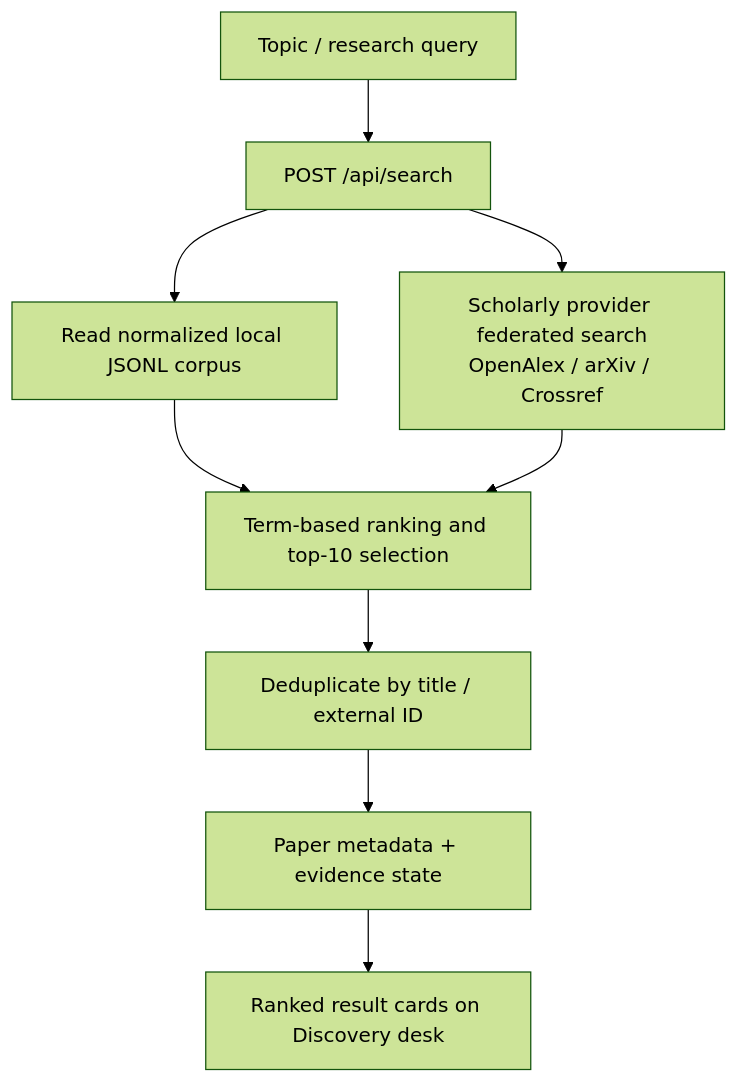
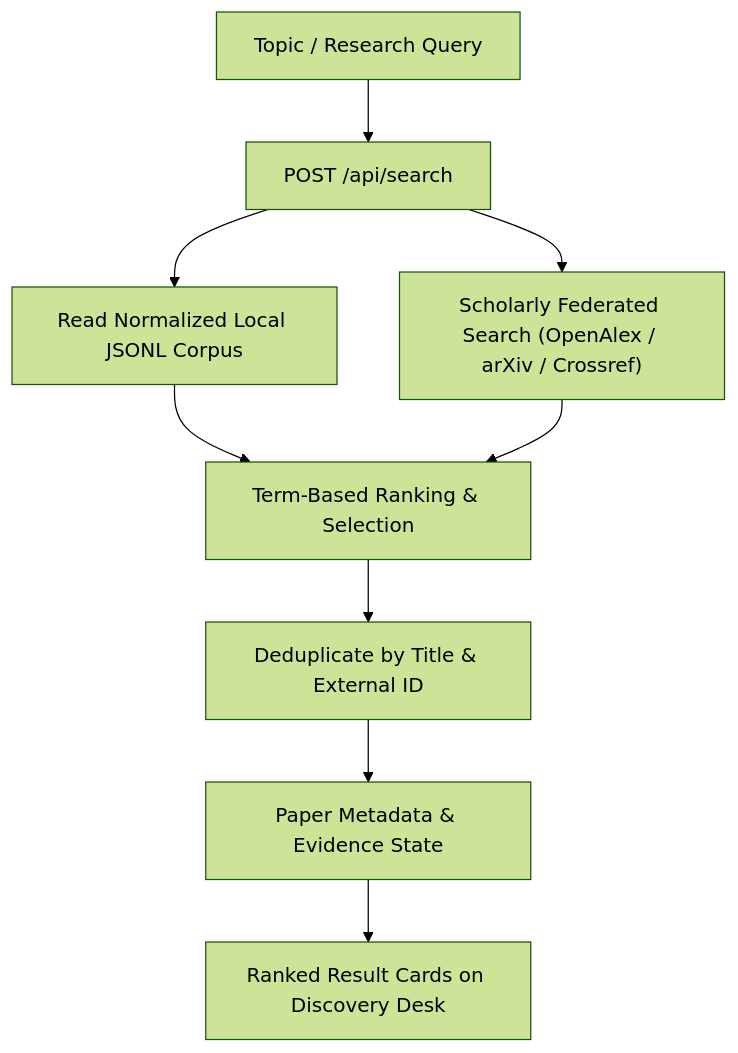
One commit to pravashsingh775/AI-Research-Paper-Assistant changed the third of 6 diagrams in Final_Architecture.md. Above: the diagram before and after it, drawn with Mermaid (forest theme). The commit also changed other lines of this file and 3 other files, not shown here.

Commit message:
fix(docs): resolve Mermaid syntax lexical error on GitHub by quoting node labels

````diff
--- a/Final_Architecture.md
+++ b/Final_Architecture.md
@@ -65,11 +65,11 @@
 ```mermaid
 flowchart TD
-    Q[Topic / research query] --> S[POST /api/search]
-    S --> Local[Read normalized local JSONL corpus]
-    S --> Provider[Scholarly provider federated search\nOpenAlex / arXiv / Crossref]
-    Local --> Rank[Term-based ranking and top-10 selection]
+    Q["Topic / Research Query"] --> S["POST /api/search"]
+    S --> Local["Read Normalized Local JSONL Corpus"]
+    S --> Provider["Scholarly Federated Search (OpenAlex / arXiv / Crossref)"]
+    Local --> Rank["Term-Based Ranking & Selection"]
     Provider --> Rank
-    Rank --> Dedupe[Deduplicate by title / external ID]
-    Dedupe --> Metadata[Paper metadata + evidence state]
-    Metadata --> UI[Ranked result cards on Discovery desk]
+    Rank --> Dedupe["Deduplicate by Title & External ID"]
+    Dedupe --> Metadata["Paper Metadata & Evidence State"]
+    Metadata --> UI["Ranked Result Cards on Discovery Desk"]
 ```
````
